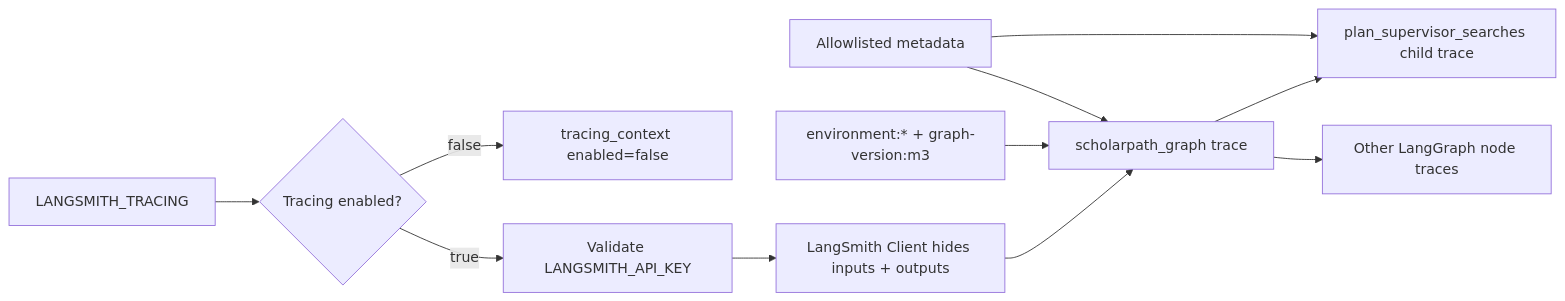
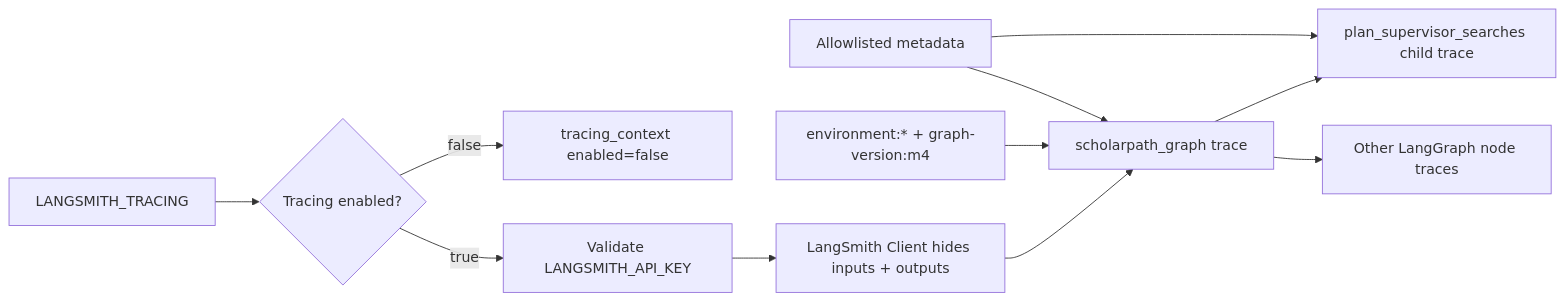
Before and after one commit to shanly-rajan/ai-builder: the eighth of 13 diagrams in projects/scholar-path/docs/architecture.md, drawn with Mermaid. The commit also changed other lines of this file and 34 other files, not shown here.

````diff
--- a/projects/scholar-path/docs/architecture.md
+++ b/projects/scholar-path/docs/architecture.md
@@ -177,13 +236,13 @@
 ```mermaid
 flowchart LR
     Env[LANGSMITH_TRACING] --> Scope{Tracing enabled?}
     Scope -->|false| Disabled[tracing_context enabled=false]
     Scope -->|true| Key[Validate LANGSMITH_API_KEY]
     Key --> Client[LangSmith Client hides inputs + outputs]
     Client --> Root[scholarpath_graph trace]
     Root --> Node[plan_supervisor_searches child trace]
     Root --> Other[Other LangGraph node traces]
-    Tags[environment:* + graph-version:m3] --> Root
+    Tags[environment:* + graph-version:m4] --> Root
     Metadata[Allowlisted metadata] --> Root
     Metadata --> Node
 ```
````
